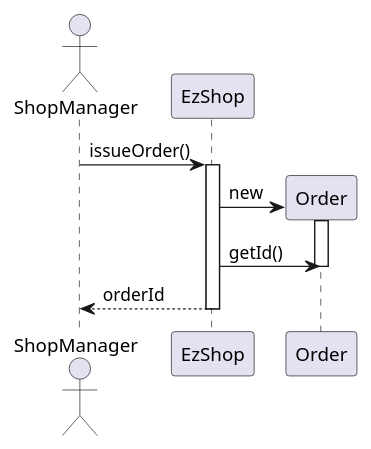
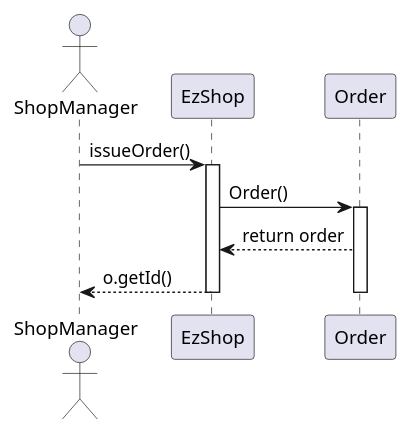
One commit to paocela/EzShop changed the tenth of 29 diagrams in Deliverables/DesignDocument.md. Above: the diagram before and after it, drawn with PlantUML. The commit also changed other lines of this file, not shown here.

Commit message:
Reviewed all sequence diagrams

````diff
--- a/Deliverables/DesignDocument.md
+++ b/Deliverables/DesignDocument.md
@@ -428,12 +428,12 @@
 ```plantuml
 actor ShopManager
 ShopManager -> EzShop : issueOrder()
 activate EzShop
-EzShop -> Order ** : new
+EzShop -> Order  : Order()
 activate Order
-EzShop -> Order  : getId()
+EzShop <-- Order : return order
+ShopManager <-- EzShop : o.getId()
 deactivate Order
-ShopManager <-- EzShop : orderId
 deactivate EzShop
 
 ```
````
